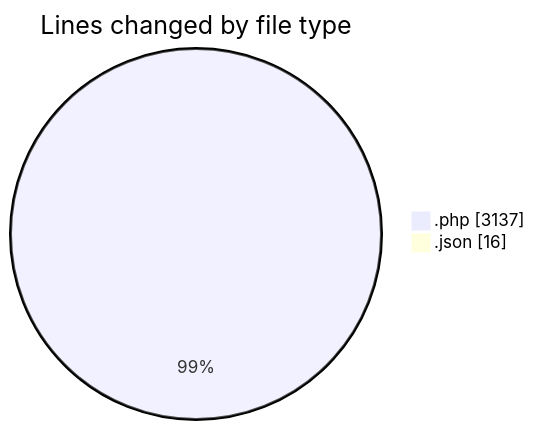
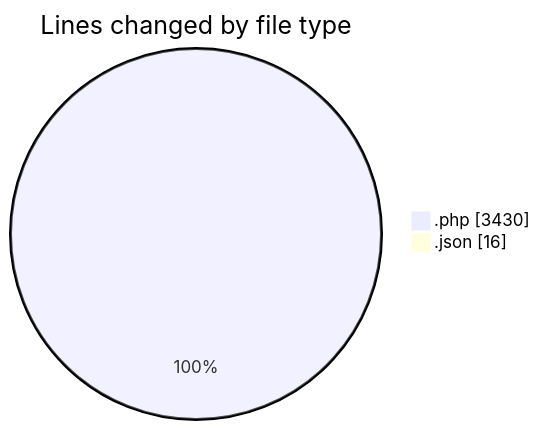
Before and after one commit to debugP/code-tracking: the first of 2 diagrams in 2025-10-22/untitled__workspace_/README.md, drawn with Mermaid. The commit also changed other lines of this file and 1 other file, not shown here.

````diff
--- a/2025-10-22/untitled__workspace_/README.md
+++ b/2025-10-22/untitled__workspace_/README.md
@@ -22,6 +22,6 @@
 ```mermaid
 pie showData
 title Lines changed by file type
-".php" : 3137
+".php" : 3430
 ".json" : 16
 ```
````
